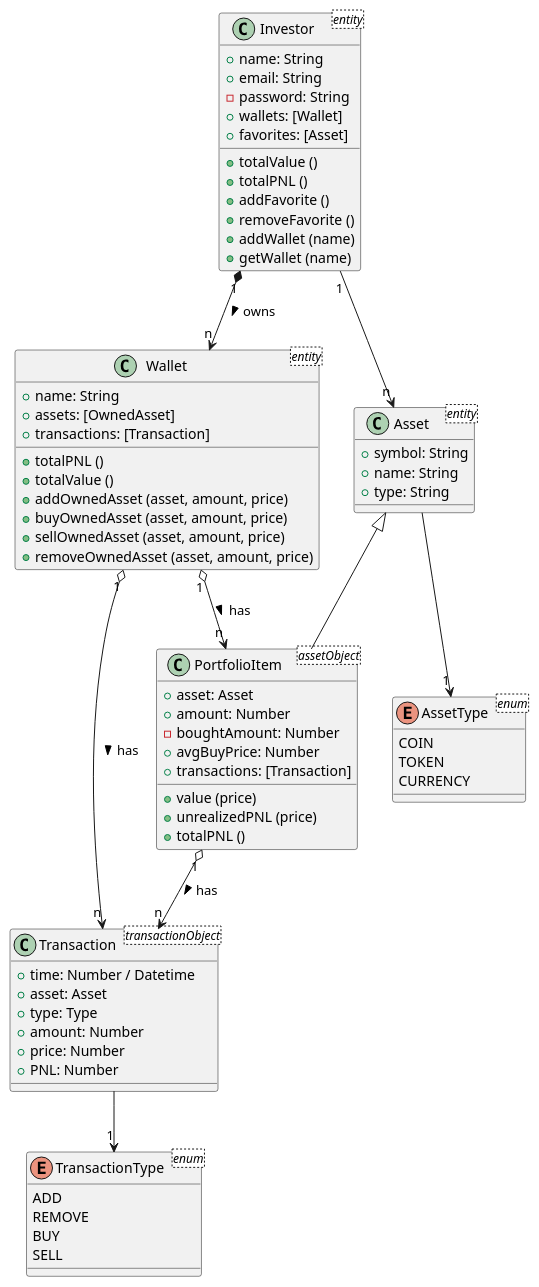
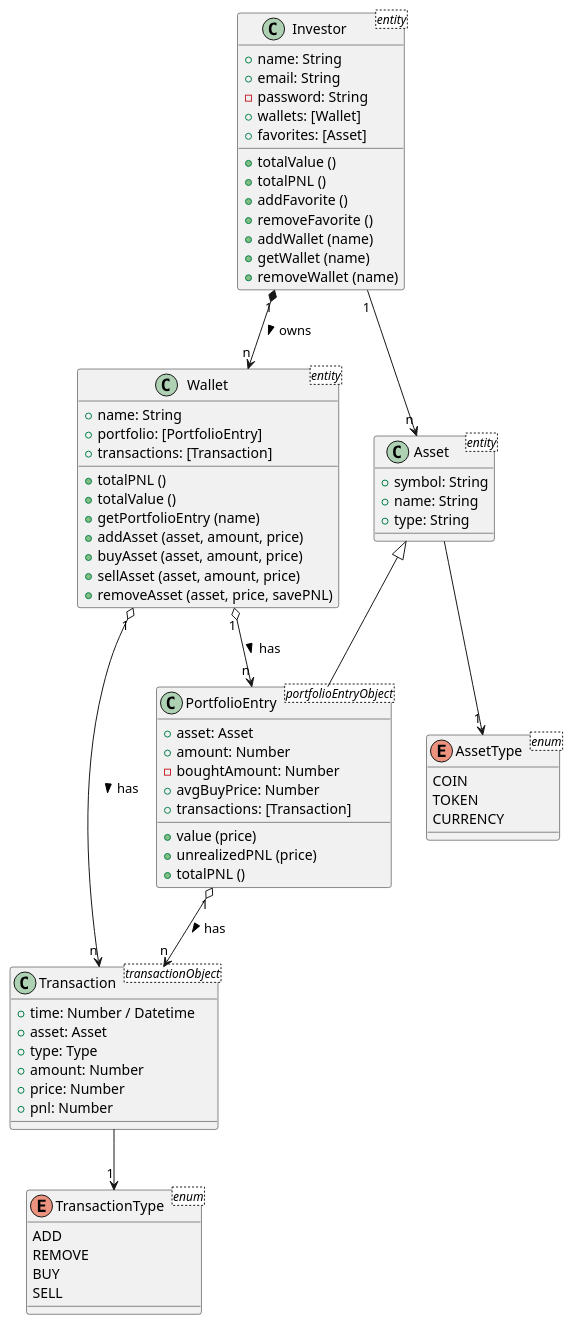
The diagram in class_diagram/class_diagram.puml (urtuba/spot-portfolio-tracker), drawn with PlantUML before and after one commit. The commit also changed 2 other files, not shown here.

Commit message:
Update class diagram

```diff
--- a/class_diagram/class_diagram.puml
+++ b/class_diagram/class_diagram.puml
@@ -1,78 +1,80 @@
 @startuml ClassDiagram
 
 class Investor <entity>{
     + name: String
     + email: String
     - password: String
     + wallets: [Wallet]
     + favorites: [Asset]
     + totalValue ()
     + totalPNL ()
     + addFavorite ()
     + removeFavorite ()
     + addWallet (name)
     + getWallet (name)
+    + removeWallet (name)
 }
 
 class Wallet <entity> {
     + name: String
-    + assets: [OwnedAsset]
+    + portfolio: [PortfolioEntry]
     + transactions: [Transaction]
     + totalPNL ()
     + totalValue ()
-    + addOwnedAsset (asset, amount, price)
-    + buyOwnedAsset (asset, amount, price)
-    + sellOwnedAsset (asset, amount, price)
-    + removeOwnedAsset (asset, amount, price)
+    + getPortfolioEntry (name)
+    + addAsset (asset, amount, price)
+    + buyAsset (asset, amount, price)
+    + sellAsset (asset, amount, price)
+    + removeAsset (asset, price, savePNL)
 }
 
 class Asset <entity> {
     + symbol: String
     + name: String
     + type: String
 }
 
-class PortfolioItem <assetObject> {
+class PortfolioEntry <portfolioEntryObject> {
     + asset: Asset
     + amount: Number
     - boughtAmount: Number
     + avgBuyPrice: Number
     + transactions: [Transaction]
     + value (price)
     + unrealizedPNL (price)
     + totalPNL ()
 }
 
 class Transaction <transactionObject> {
     + time: Number / Datetime
     + asset: Asset
     + type: Type
     + amount: Number
     + price: Number
-    + PNL: Number
+    + pnl: Number
 }
 
 enum AssetType <enum> {
     COIN
     TOKEN
     CURRENCY
 }
 
 enum TransactionType <enum> {
     ADD
     REMOVE
     BUY
     SELL
 }
 
 Wallet "n" <-UP-* "1" Investor: owns <
-Asset <|-- PortfolioItem
-PortfolioItem "1" o--> "n" Transaction: has >
+Asset <|-- PortfolioEntry
+PortfolioEntry "1" o--> "n" Transaction: has >
 Wallet "1" o--> "n" Transaction: has >
-Wallet "1" o--> "n" PortfolioItem: has >
+Wallet "1" o--> "n" PortfolioEntry: has >
 Asset  --> "1" AssetType
 Transaction --> "1" TransactionType
 Investor "1" --> "n" Asset
 
 
 @enduml
```
